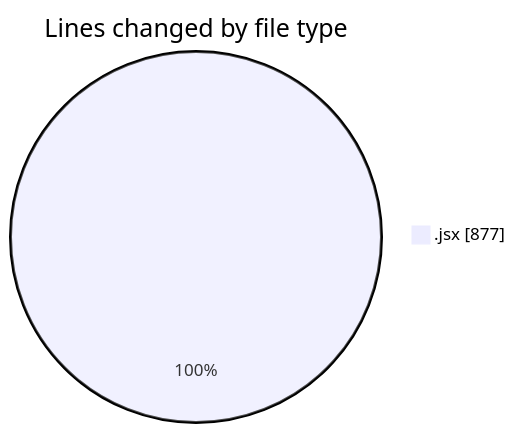
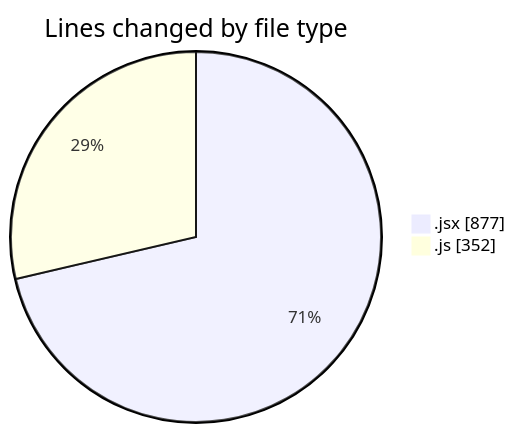
One commit to nxtqubesakshisongat/code-tracking changed the first of 2 diagrams in 2025-06-03/nxtqube_webapp/README.md. Above: the diagram before and after it, drawn with Mermaid. The commit also changed other lines of this file and 1 other file, not shown here.

````diff
--- a/2025-06-03/nxtqube_webapp/README.md
+++ b/2025-06-03/nxtqube_webapp/README.md
@@ -20,5 +21,6 @@
 ```mermaid
 pie showData
 title Lines changed by file type
 ".jsx" : 877
+".js" : 352
 ```
````
